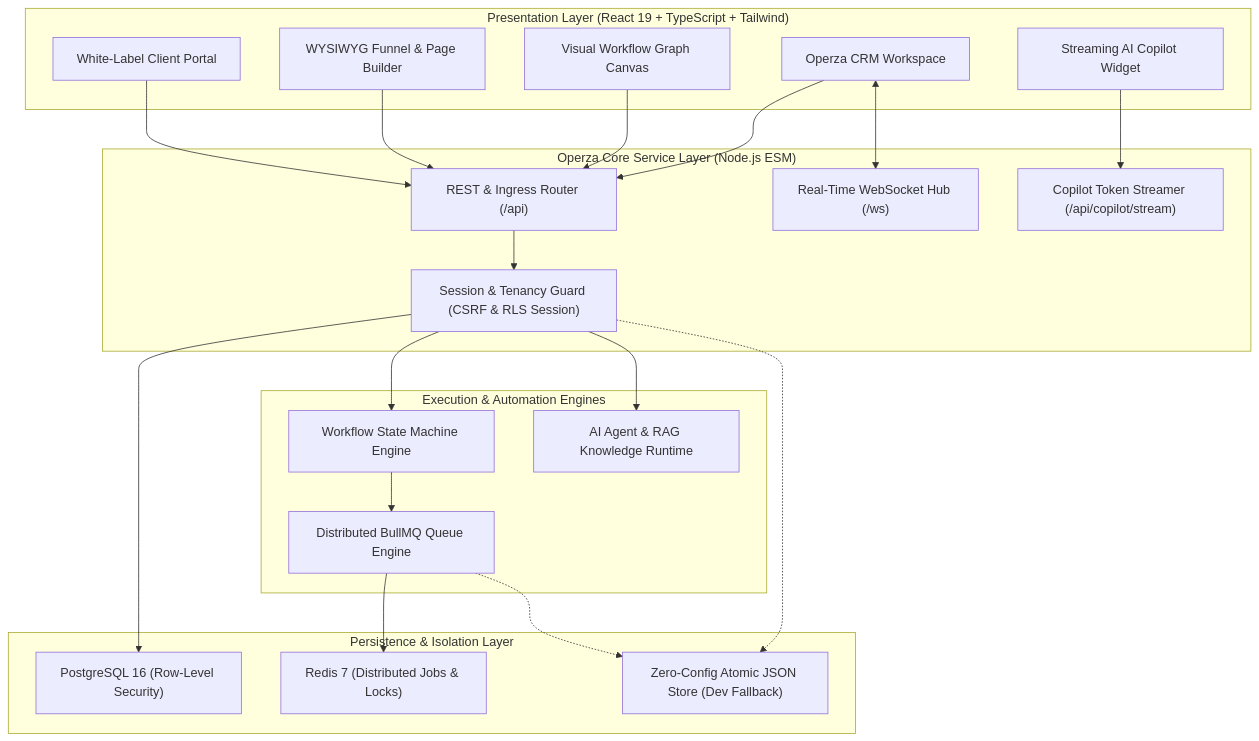
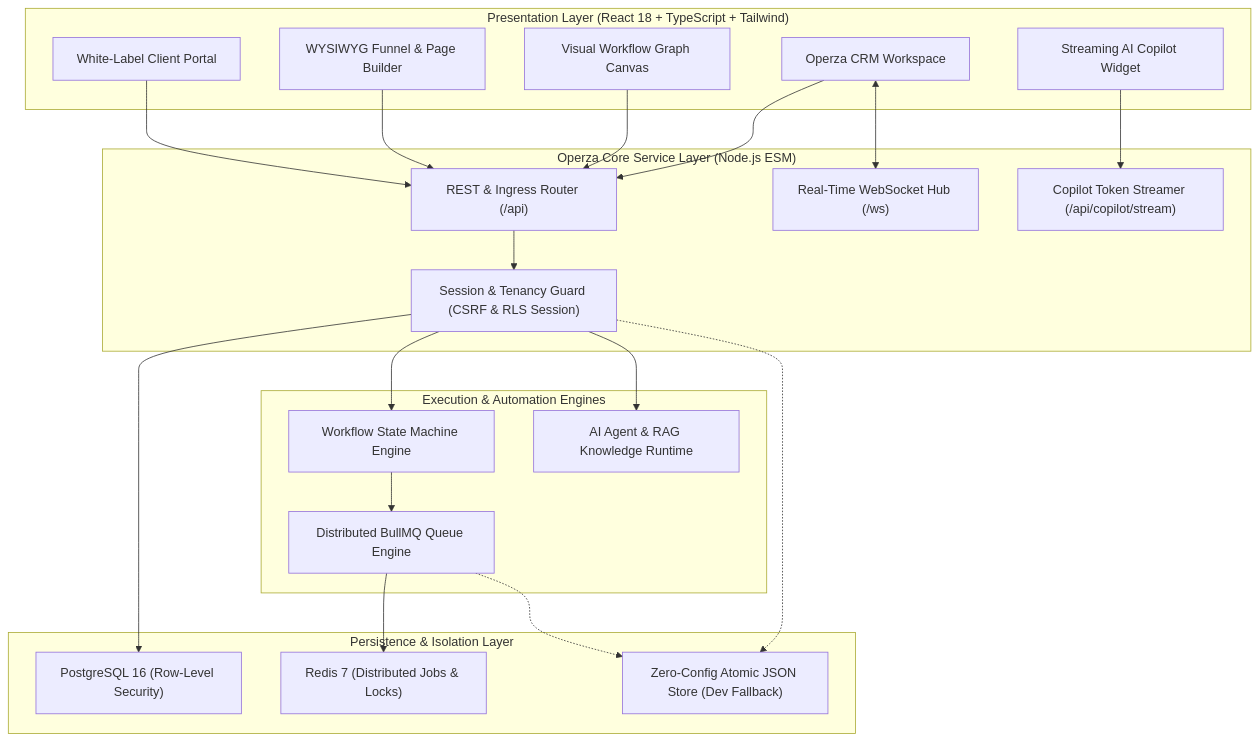
Before and after one commit to MuhammadAsimdeveloper/operza-growth: the diagram in README.md, drawn with Mermaid. The commit also changed other lines of this file, not shown here.

````diff
--- a/README.md
+++ b/README.md
@@ -41,46 +49,46 @@
 ```mermaid
 flowchart TD
-    subgraph Clients["Presentation Layer (React 19 + TypeScript + Tailwind)"]
+    subgraph Clients["Presentation Layer (React 18 + TypeScript + Tailwind)"]
         UI["Operza CRM Workspace"]
         Canvas["Visual Workflow Graph Canvas"]
         Builder["WYSIWYG Funnel & Page Builder"]
         CopilotWidget["Streaming AI Copilot Widget"]
         Portal["White-Label Client Portal"]
     end
 
     subgraph API["Operza Core Service Layer (Node.js ESM)"]
         Router["REST & Ingress Router (/api)"]
         WSHub["Real-Time WebSocket Hub (/ws)"]
         SSEStream["Copilot Token Streamer (/api/copilot/stream)"]
         AuthRLS["Session & Tenancy Guard (CSRF & RLS Session)"]
     end
 
     subgraph Engines["Execution & Automation Engines"]
         WFEngine["Workflow State Machine Engine"]
         BullQueue["Distributed BullMQ Queue Engine"]
         AICore["AI Agent & RAG Knowledge Runtime"]
     end
 
     subgraph Storage["Persistence & Isolation Layer"]
         PG["PostgreSQL 16 (Row-Level Security)"]
         Redis["Redis 7 (Distributed Jobs & Locks)"]
         JSONStore["Zero-Config Atomic JSON Store (Dev Fallback)"]
     end
 
     UI --> Router
     Canvas --> Router
     Builder --> Router
     CopilotWidget --> SSEStream
     UI <--> WSHub
     Portal --> Router
 
     Router --> AuthRLS
     AuthRLS --> WFEngine
     AuthRLS --> AICore
     WFEngine --> BullQueue
 
     AuthRLS --> PG
     AuthRLS -.-> JSONStore
     BullQueue --> Redis
     BullQueue -.-> JSONStore
 ```
````
